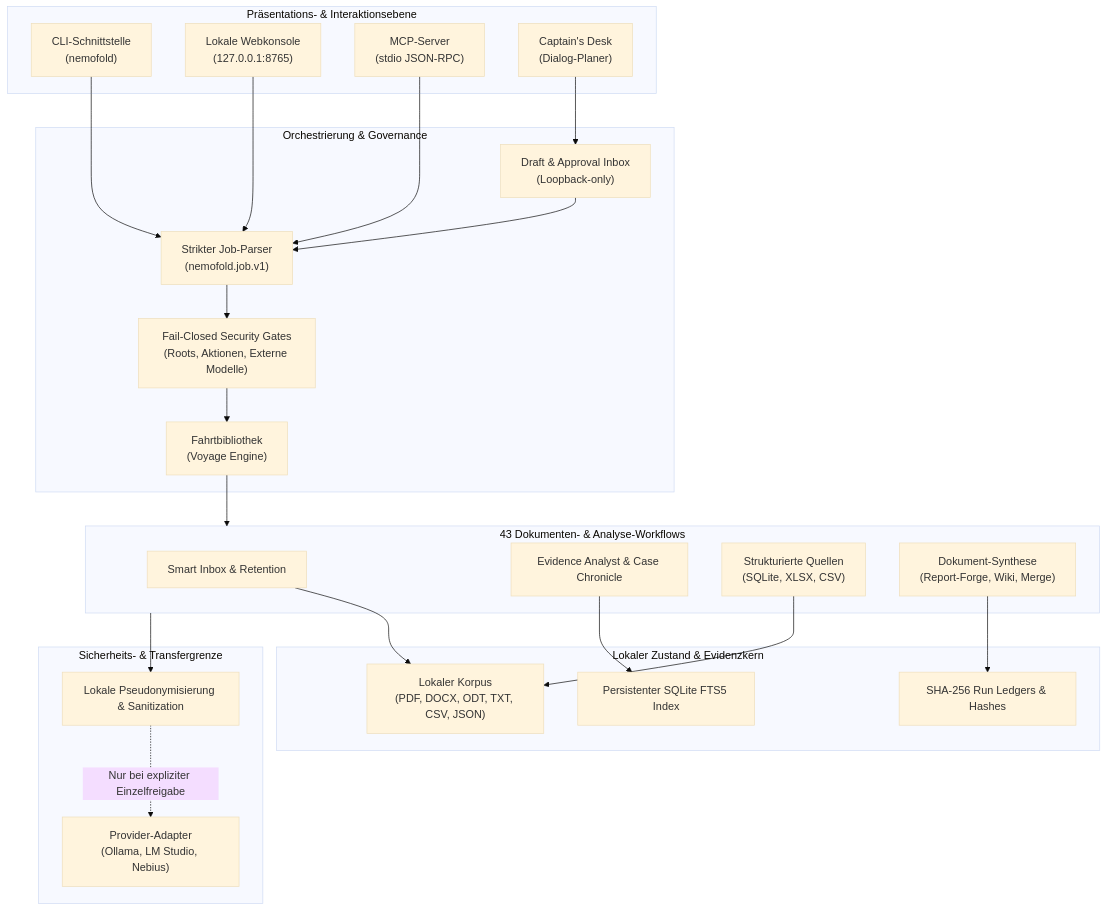
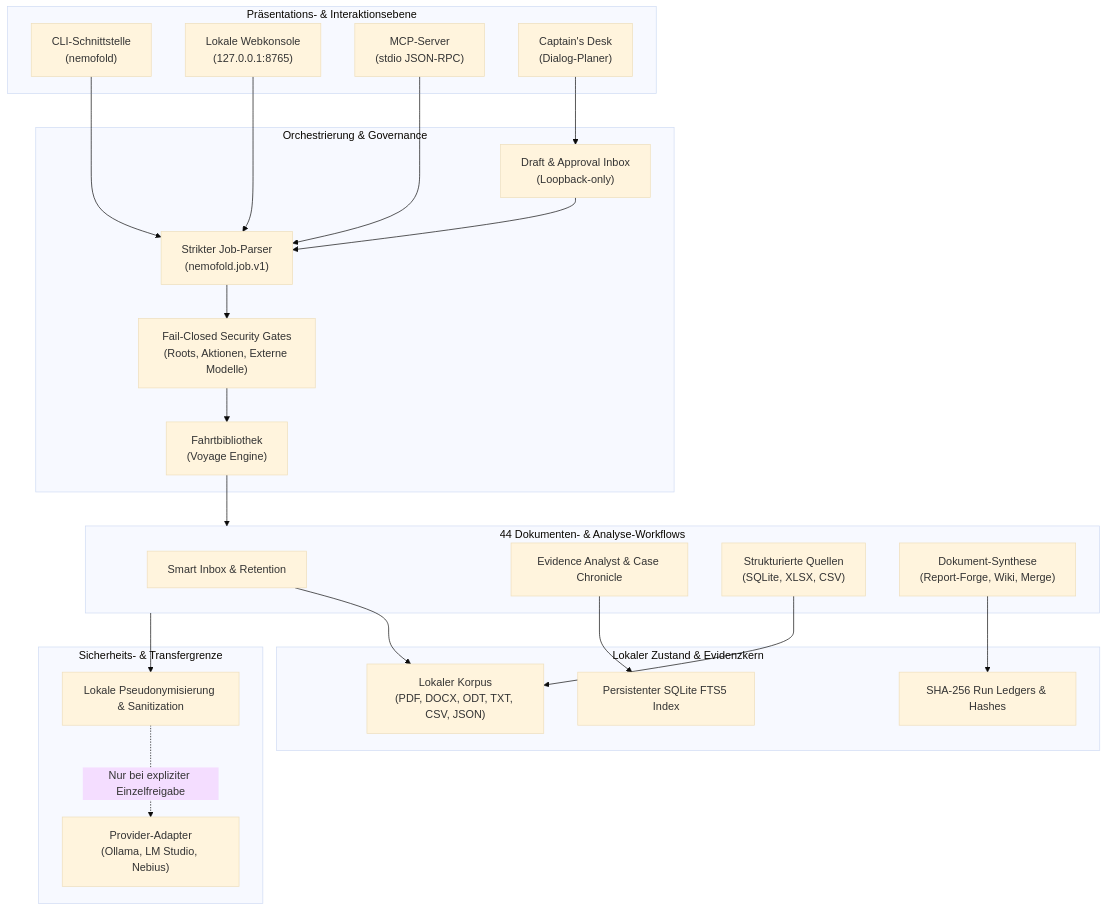
One commit to ellmos-ai/NemoFold changed the first of 2 diagrams in README_de.md. Above: the diagram before and after it, drawn with Mermaid (base theme). The commit also changed other lines of this file and 25 other files, not shown here.

````diff
--- a/README_de.md
+++ b/README_de.md
@@ -95,52 +95,52 @@
 ```mermaid
 flowchart TB
     subgraph UI ["Präsentations- & Interaktionsebene"]
         CLI["CLI-Schnittstelle<br/>(nemofold)"]
         WEB["Lokale Webkonsole<br/>(127.0.0.1:8765)"]
         MCP["MCP-Server<br/>(stdio JSON-RPC)"]
         DESK["Captain's Desk<br/>(Dialog-Planer)"]
     end
 
     subgraph ENGINE ["Orchestrierung & Governance"]
         PARSER["Strikter Job-Parser<br/>(nemofold.job.v1)"]
         GATEWAY["Fail-Closed Security Gates<br/>(Roots, Aktionen, Externe Modelle)"]
         VOYAGE["Fahrtbibliothek<br/>(Voyage Engine)"]
         DRAFT["Draft & Approval Inbox<br/>(Loopback-only)"]
     end
 
-    subgraph WORKFLOWS ["43 Dokumenten- & Analyse-Workflows"]
+    subgraph WORKFLOWS ["44 Dokumenten- & Analyse-Workflows"]
         INBOX["Smart Inbox & Retention"]
         EVIDENCE["Evidence Analyst & Case Chronicle"]
         STRUCTURED["Strukturierte Quellen<br/>(SQLite, XLSX, CSV)"]
         COMPOSE["Dokument-Synthese<br/>(Report-Forge, Wiki, Merge)"]
     end
 
     subgraph LOCAL_CORE ["Lokaler Zustand & Evidenzkern"]
         FTS["Persistenter SQLite FTS5 Index"]
         LEDGER["SHA-256 Run Ledgers & Hashes"]
         DOCS["Lokaler Korpus<br/>(PDF, DOCX, ODT, TXT, CSV, JSON)"]
     end
 
     subgraph ISOLATION ["Sicherheits- & Transfergrenze"]
         FILTER["Lokale Pseudonymisierung & Sanitization"]
         ADAPTERS["Provider-Adapter<br/>(Ollama, LM Studio, Nebius)"]
     end
 
     CLI --> PARSER
     WEB --> PARSER
     MCP --> PARSER
     DESK --> DRAFT
     DRAFT --> PARSER
 
     PARSER --> GATEWAY
     GATEWAY --> VOYAGE
     VOYAGE --> WORKFLOWS
 
     INBOX --> DOCS
     EVIDENCE --> FTS
     STRUCTURED --> DOCS
     COMPOSE --> LEDGER
 
     WORKFLOWS --> FILTER
     FILTER -. Nur bei expliziter Einzelfreigabe .-> ADAPTERS
 ```
````
